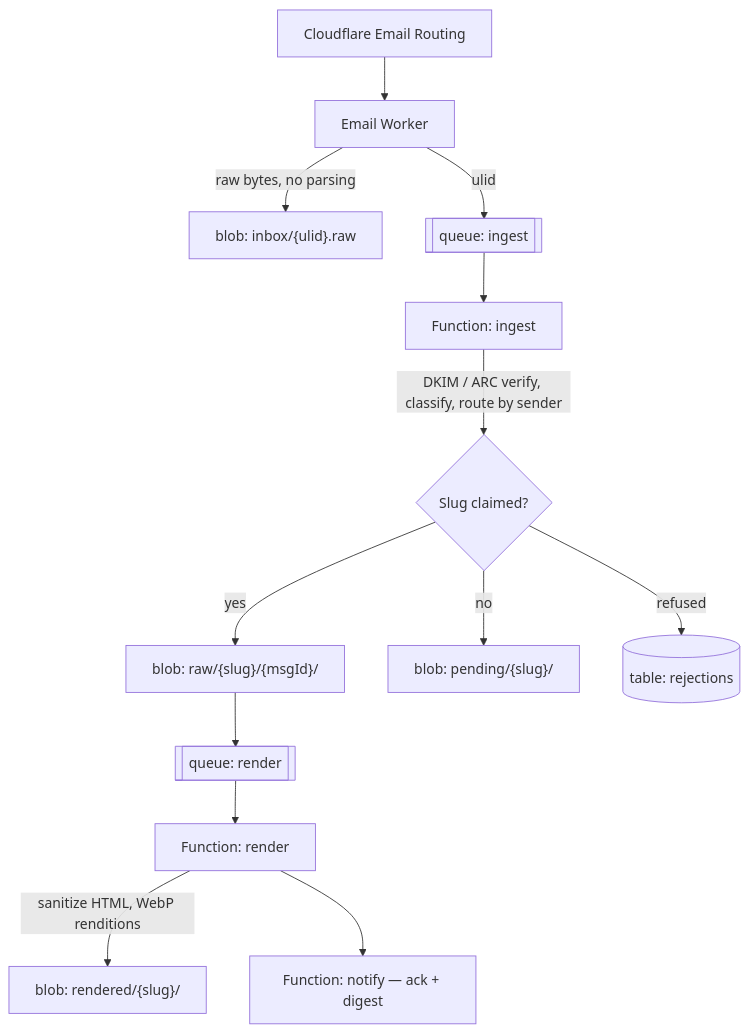
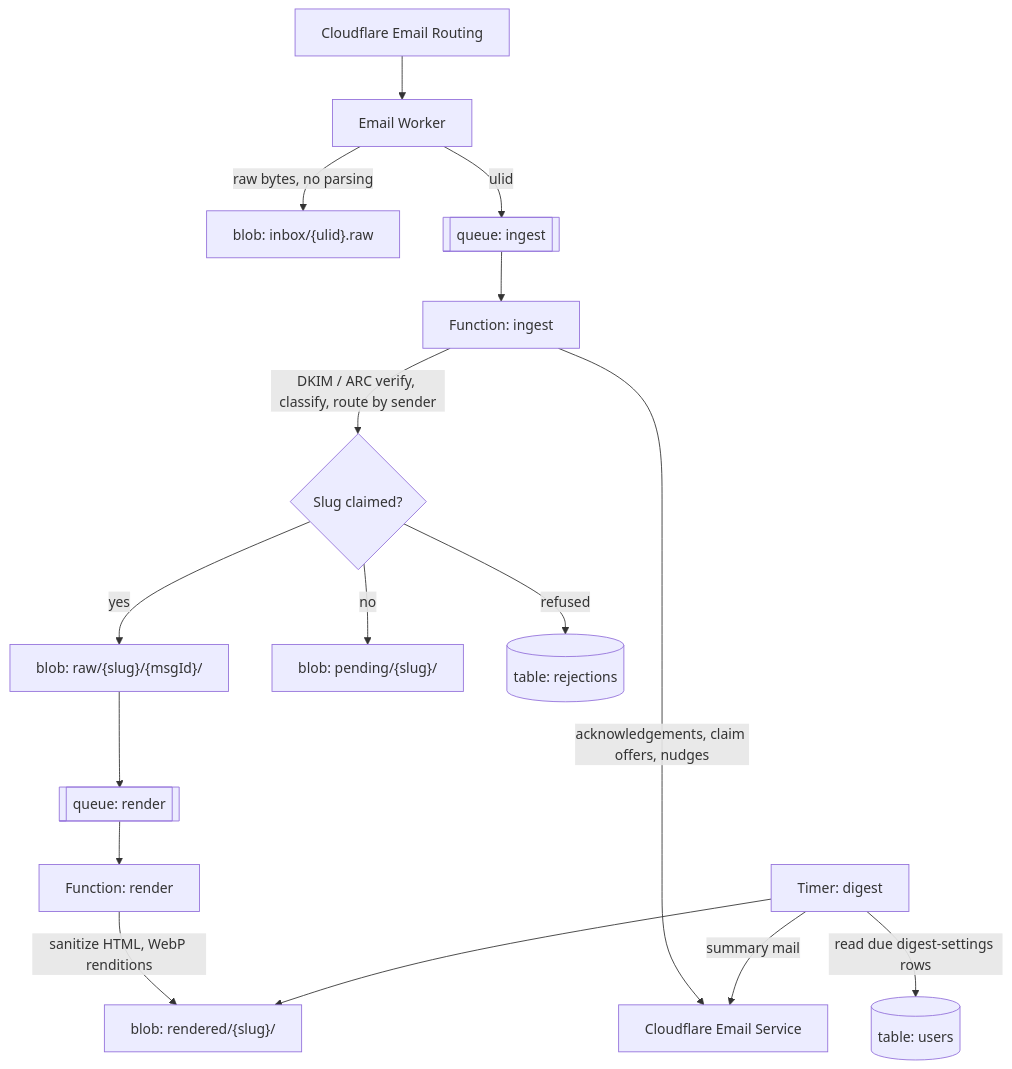
Before and after one commit to kurtzeborn/mission-journal: the second of 12 diagrams in docs/architecture.md, drawn with Mermaid. The commit also changed other lines of this file, not shown here.

First line of the commit message:
Update deployed architecture diagrams

````diff
--- a/docs/architecture.md
+++ b/docs/architecture.md
@@ -50,17 +50,21 @@
 ```mermaid
 flowchart TD
     cf["Cloudflare Email Routing"] --> w["Email Worker"]
     w -->|"raw bytes, no parsing"| inbox["blob: inbox/{ulid}.raw"]
     w -->|"ulid"| q1[["queue: ingest"]]
 
     q1 --> ing["Function: ingest"]
     ing -->|"DKIM / ARC verify, classify, route by sender"| decide{"Slug claimed?"}
+    ing -->|"acknowledgements, claim offers, nudges"| mail["Cloudflare Email Service"]
     decide -->|"yes"| raw["blob: raw/{slug}/{msgId}/"]
     decide -->|"no"| pending["blob: pending/{slug}/"]
     decide -->|"refused"| rej[("table: rejections")]
 
     raw --> q2[["queue: render"]]
     q2 --> ren["Function: render"]
     ren -->|"sanitize HTML, WebP renditions"| rendered["blob: rendered/{slug}/"]
-    ren --> ack["Function: notify — ack + digest"]
+
+    digest["Timer: digest"] -->|"read due digest-settings rows"| users[("table: users")]
+    digest --> rendered
+    digest -->|"summary mail"| mail
 ```
````
